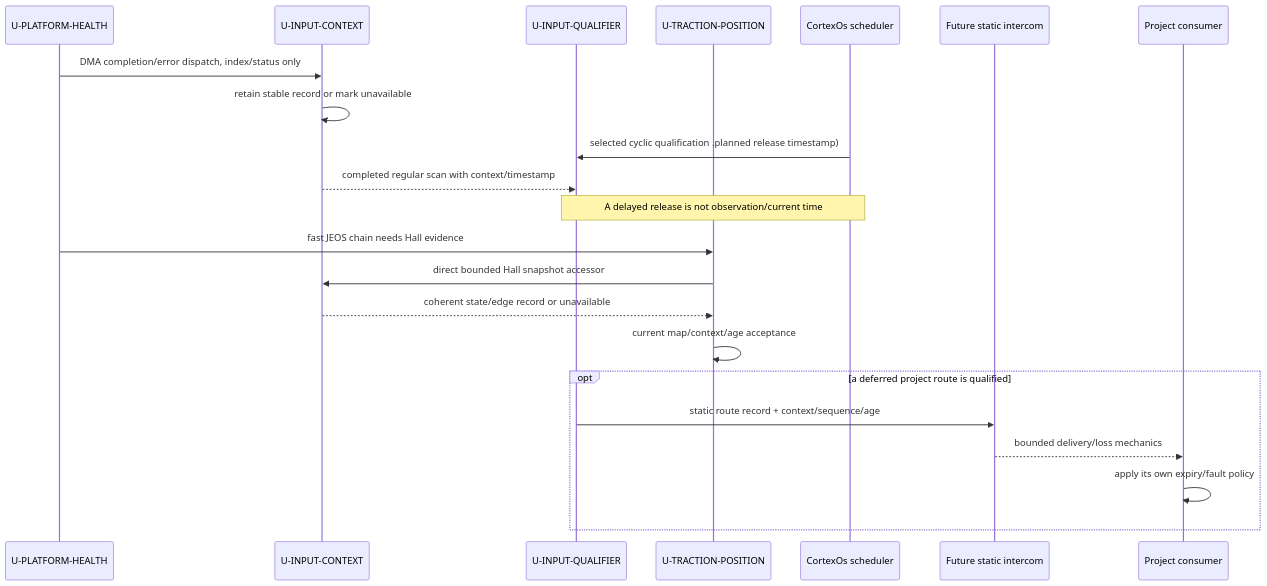
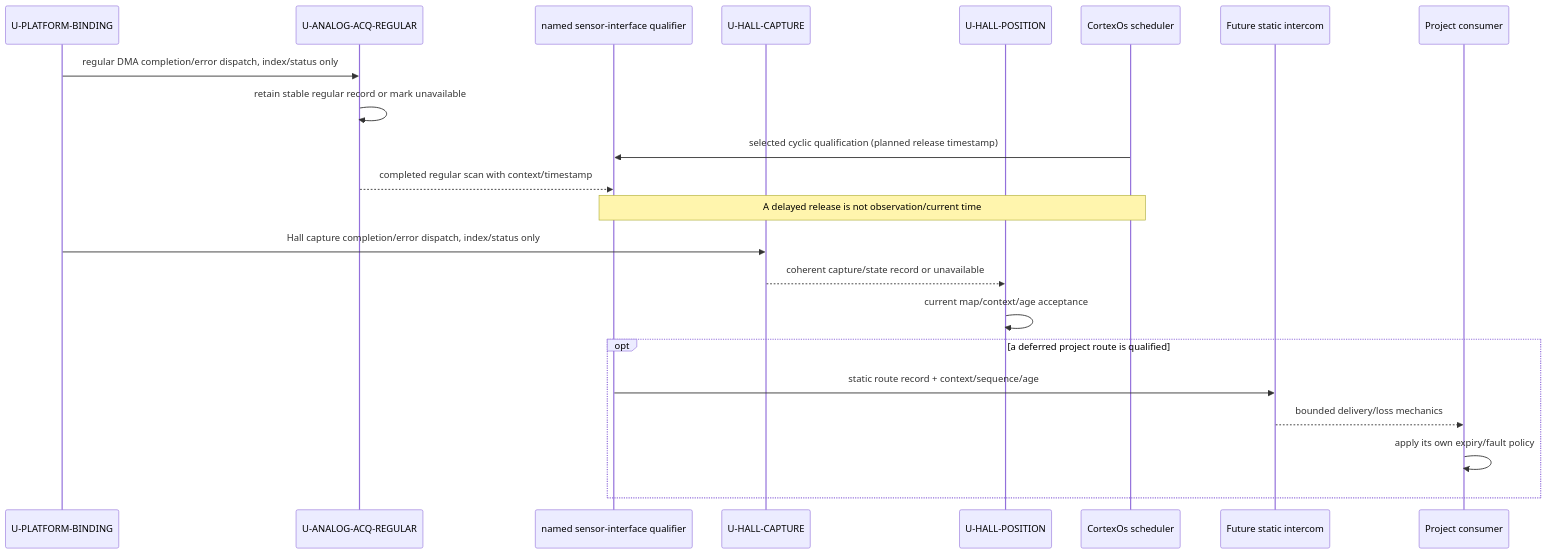
The third of 7 diagrams in .devenv/Architecture/DetailedDesign/DD-004_Dynamic_Software_Architecture_Views.md (dhellhake/X2CityMCU), drawn with Mermaid before and after one commit. The commit also changed other lines of this file and 71 other files, not shown here.

Commit message:
Added Data-Flow to all architecture layers

````diff
--- a/.devenv/Architecture/DetailedDesign/DD-004_Dynamic_Software_Architecture_Views.md
+++ b/.devenv/Architecture/DetailedDesign/DD-004_Dynamic_Software_Architecture_Views.md
@@ -92,24 +102,24 @@
 ```mermaid
 sequenceDiagram
-    participant PH as U-PLATFORM-HEALTH
-    participant IC as U-INPUT-CONTEXT
-    participant IQ as U-INPUT-QUALIFIER
-    participant POS as U-TRACTION-POSITION
+    participant PB as U-PLATFORM-BINDING
+    participant AR as U-ANALOG-ACQ-REGULAR
+    participant IQ as named sensor-interface qualifier
+    participant HC as U-HALL-CAPTURE
+    participant POS as U-HALL-POSITION
     participant OS as CortexOs scheduler
     participant R as Future static intercom
     participant C as Project consumer
-    PH->>IC: DMA completion/error dispatch, index/status only
-    IC->>IC: retain stable record or mark unavailable
-    OS->>IQ: selected cyclic qualification .planned release timestamp)
-    IC-->>IQ: completed regular scan with context/timestamp
+    PB->>AR: regular DMA completion/error dispatch, index/status only
+    AR->>AR: retain stable regular record or mark unavailable
+    OS->>IQ: selected cyclic qualification (planned release timestamp)
+    AR-->>IQ: completed regular scan with context/timestamp
     Note over OS,IQ: A delayed release is not observation/current time
-    PH->>POS: fast JEOS chain needs Hall evidence
-    POS->>IC: direct bounded Hall snapshot accessor
-    IC-->>POS: coherent state/edge record or unavailable
+    PB->>HC: Hall capture completion/error dispatch, index/status only
+    HC-->>POS: coherent capture/state record or unavailable
     POS->>POS: current map/context/age acceptance
     opt a deferred project route is qualified
         IQ->>R: static route record + context/sequence/age
         R-->>C: bounded delivery/loss mechanics
         C->>C: apply its own expiry/fault policy
     end
 ```
````
